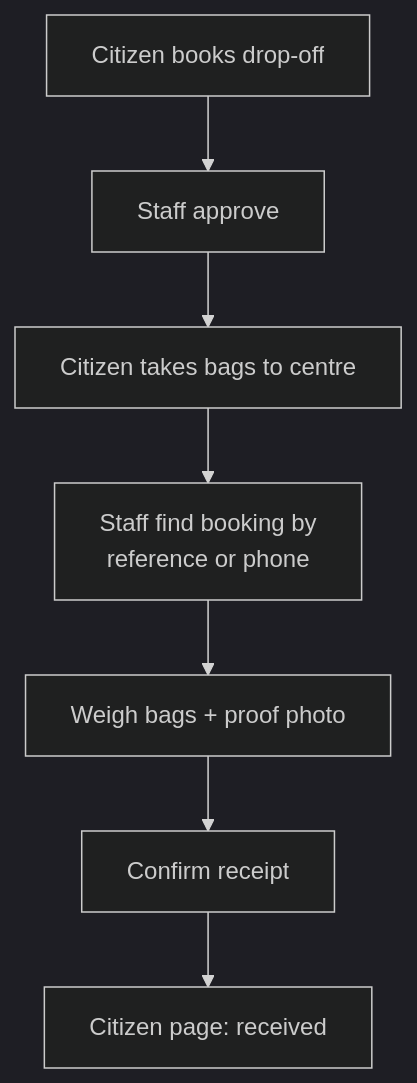
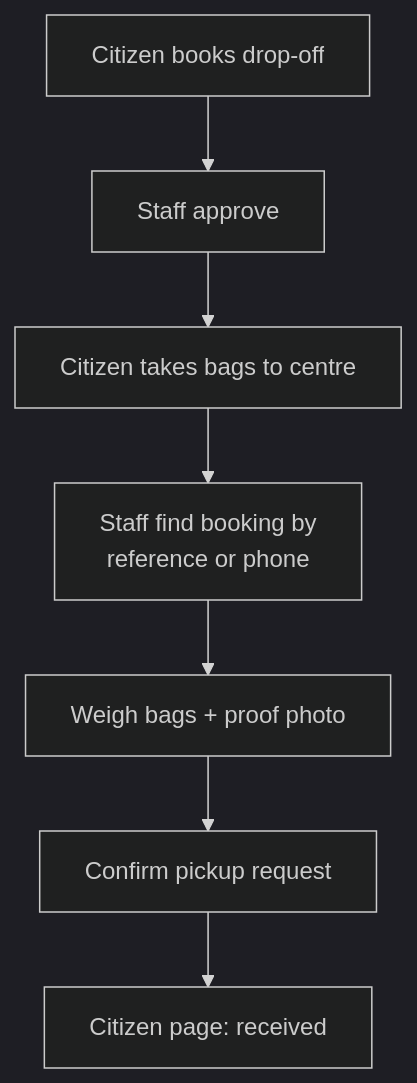
The diagram in docs/user-guide/phase-1-dropoff.md (DoozieSoftware/cip), drawn with Mermaid (dark theme) before and after one commit. The commit also changed other lines of this file and 99 other files, not shown here.

````diff
--- a/docs/user-guide/phase-1-dropoff.md
+++ b/docs/user-guide/phase-1-dropoff.md
@@ -18,9 +18,9 @@
 ```mermaid
 flowchart TD
     A[Citizen books drop-off] --> B[Staff approve]
     B --> C[Citizen takes bags to centre]
     C --> D[Staff find booking by<br/>reference or phone]
     D --> E[Weigh bags + proof photo]
-    E --> F[Confirm receipt]
+    E --> F[Confirm pickup request]
     F --> G[Citizen page: received]
 ```
````
